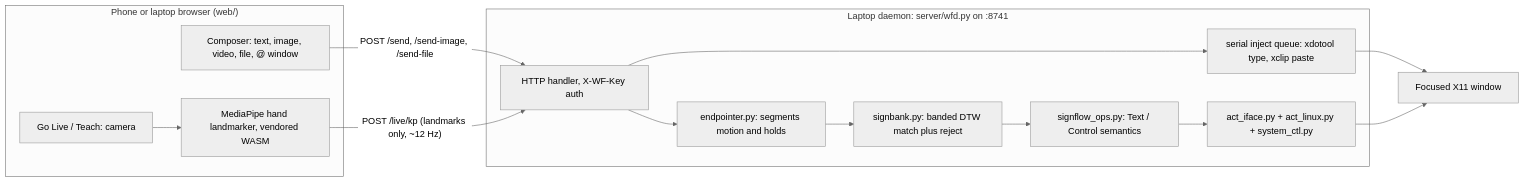
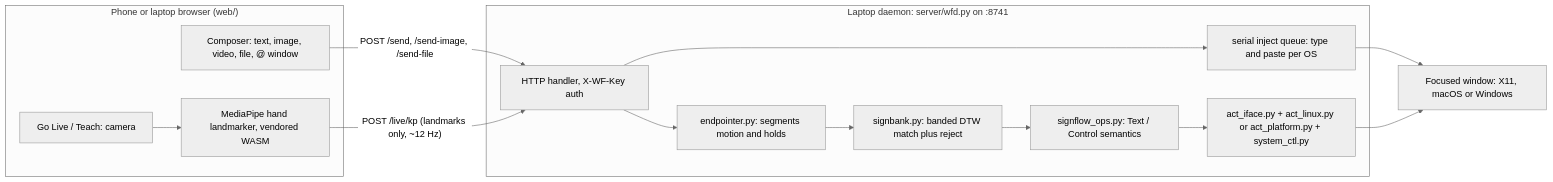
The diagram in AGENTS.md (GC-WORK11/sign-wrap), drawn with Mermaid (neutral theme) before and after one commit. The commit also changed other lines of this file and 23 other files, not shown here.

First line of the commit message:
macOS and Windows support, per-OS setup scripts, README rewrite

````diff
--- a/AGENTS.md
+++ b/AGENTS.md
@@ -18,23 +18,23 @@
 ```mermaid
 flowchart LR
   subgraph Phone["Phone or laptop browser (web/)"]
     C[Composer: text, image, video, file, @ window]
     L[Go Live / Teach: camera]
     MP[MediaPipe hand landmarker, vendored WASM]
     L --> MP
   end
   subgraph Laptop["Laptop daemon: server/wfd.py on :8741"]
     H[HTTP handler, X-WF-Key auth]
     EP[endpointer.py: segments motion and holds]
     SB[signbank.py: banded DTW match plus reject]
     OPS[signflow_ops.py: Text / Control semantics]
-    ACT[act_iface.py + act_linux.py + system_ctl.py]
-    INJ[serial inject queue: xdotool type, xclip paste]
+    ACT[act_iface.py + act_linux.py or act_platform.py + system_ctl.py]
+    INJ[serial inject queue: type and paste per OS]
   end
   C -- "POST /send, /send-image, /send-file" --> H
   MP -- "POST /live/kp (landmarks only, ~12 Hz)" --> H
   H --> INJ
   H --> EP --> SB --> OPS --> ACT
-  INJ --> X[Focused X11 window]
+  INJ --> X[Focused window: X11, macOS or Windows]
   ACT --> X
 ```
````
